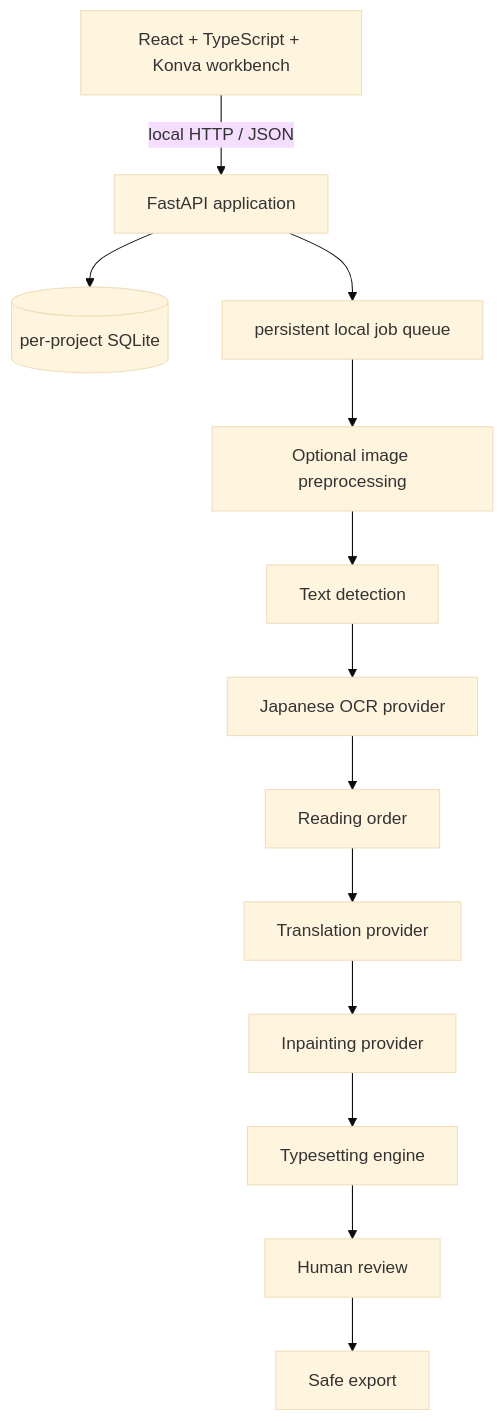
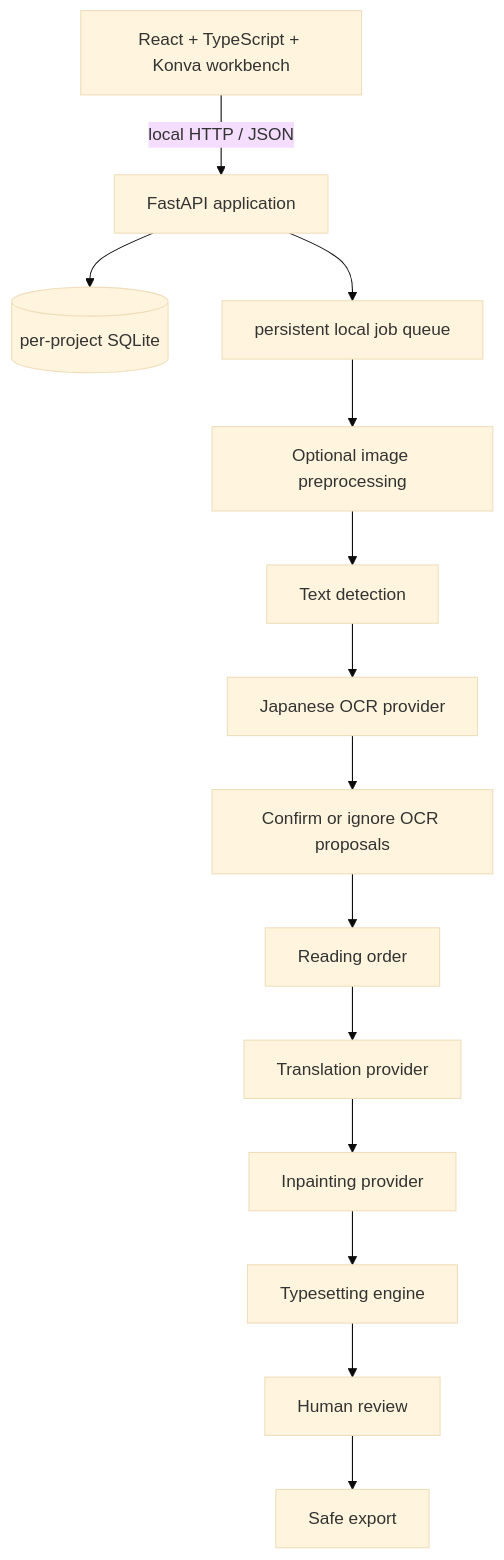
One commit to alalapi-0/manga-localizer changed the diagram in README.md. Above: the diagram before and after it, drawn with Mermaid (base theme). The commit also changed other lines of this file and 39 other files, not shown here.

````diff
--- a/README.md
+++ b/README.md
@@ -54,15 +57,16 @@
 ```mermaid
 flowchart TB
   UI[React + TypeScript + Konva workbench] -->|local HTTP / JSON| API[FastAPI application]
   API --> DB[(per-project SQLite)]
   API --> Queue[persistent local job queue]
   Queue --> P[Optional image preprocessing]
   P --> D[Text detection]
   D --> O[Japanese OCR provider]
-  O --> R[Reading order]
+  O --> H[Confirm or ignore OCR proposals]
+  H --> R[Reading order]
   R --> T[Translation provider]
   T --> I[Inpainting provider]
   I --> Y[Typesetting engine]
   Y --> V[Human review]
   V --> E[Safe export]
 ```
````
